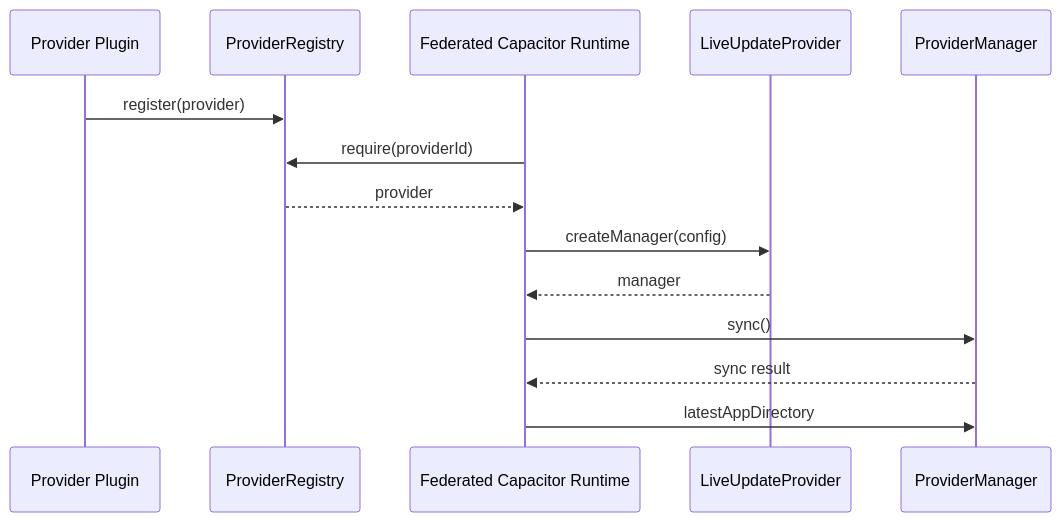
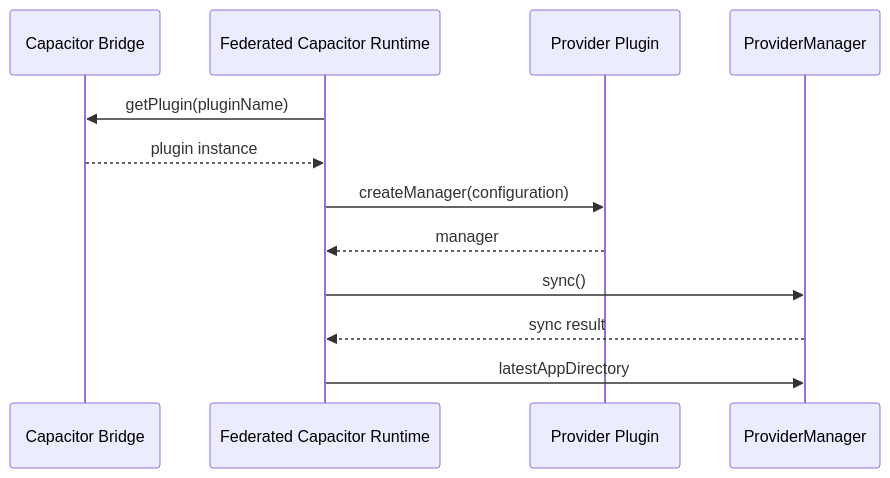
The second of 2 diagrams in README.md (ionic-team/live-update-provider-sdk), drawn with Mermaid before and after one commit. The commit also changed other lines of this file and 19 other files, not shown here.

````diff
--- a/README.md
+++ b/README.md
@@ -193,17 +180,15 @@
 ```mermaid
 sequenceDiagram
-    participant Plugin as Provider Plugin
-    participant Registry as ProviderRegistry
+    participant Bridge as Capacitor Bridge
     participant Runtime as Federated Capacitor Runtime
-    participant Provider as LiveUpdateProvider
+    participant Provider as Provider Plugin
     participant Manager as ProviderManager
 
-    Plugin->>Registry: register(provider)
-    Runtime->>Registry: require(providerId)
-    Registry-->>Runtime: provider
-    Runtime->>Provider: createManager(config)
+    Runtime->>Bridge: getPlugin(pluginName)
+    Bridge-->>Runtime: plugin instance
+    Runtime->>Provider: createManager(configuration)
     Provider-->>Runtime: manager
     Runtime->>Manager: sync()
     Manager-->>Runtime: sync result
     Runtime->>Manager: latestAppDirectory
 ```
````
